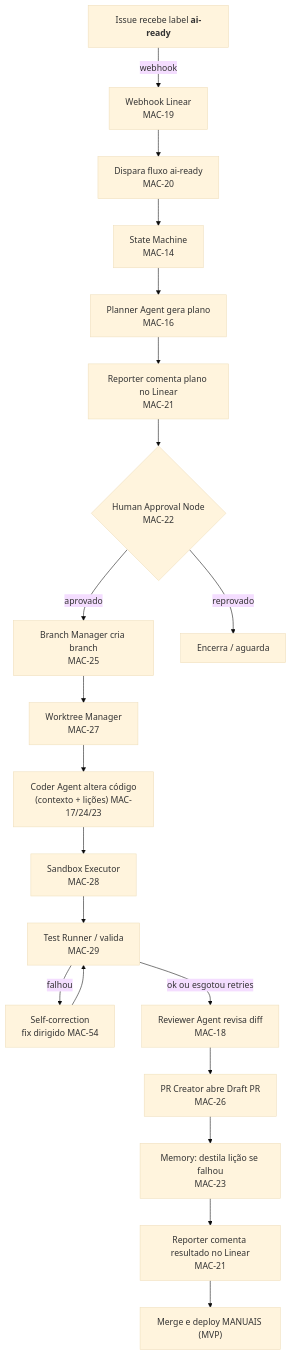
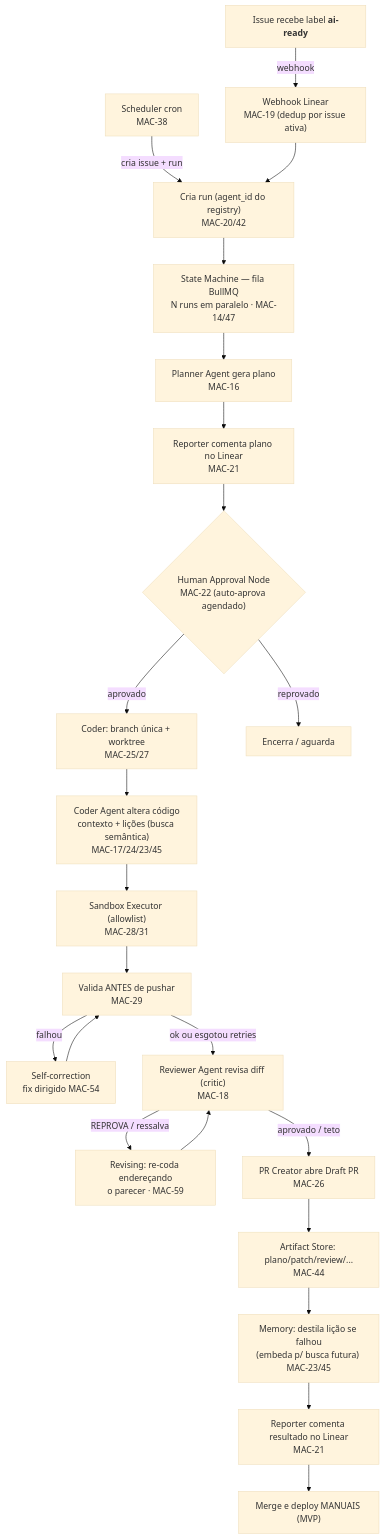
The second of 2 diagrams in docs/ARCHITECTURE.md (raniellimontagna/agent-platform), drawn with Mermaid (base theme) before and after one commit. The commit also changed other lines of this file and 3 other files, not shown here.

Commit message:
docs: atualiza README/ARCHITECTURE/FLOW/runbook pra Fase 7 (registries, vector memory, multi-agent, review loop)

````diff
--- a/docs/ARCHITECTURE.md
+++ b/docs/ARCHITECTURE.md
@@ -51,22 +53,25 @@
 ```mermaid
 flowchart TD
-  A["Issue recebe label <b>ai-ready</b>"] -->|webhook| B["Webhook Linear<br/>MAC-19"]
-  B --> C["Dispara fluxo ai-ready<br/>MAC-20"]
-  C --> D["State Machine<br/>MAC-14"]
+  A["Issue recebe label <b>ai-ready</b>"] -->|webhook| B["Webhook Linear<br/>MAC-19 (dedup por issue ativa)"]
+  SCHED["Scheduler cron<br/>MAC-38"] -->|cria issue + run| C
+  B --> C["Cria run (agent_id do registry)<br/>MAC-20/42"]
+  C --> D["State Machine — fila BullMQ<br/>N runs em paralelo · MAC-14/47"]
   D --> E["Planner Agent gera plano<br/>MAC-16"]
   E --> F["Reporter comenta plano no Linear<br/>MAC-21"]
-  F --> G{"Human Approval Node<br/>MAC-22"}
-  G -->|aprovado| H["Branch Manager cria branch<br/>MAC-25"]
+  F --> G{"Human Approval Node<br/>MAC-22 (auto-aprova agendado)"}
+  G -->|aprovado| H["Coder: branch única + worktree<br/>MAC-25/27"]
   G -->|reprovado| Z["Encerra / aguarda"]
-  H --> I["Worktree Manager<br/>MAC-27"]
-  I --> J["Coder Agent altera código<br/>(contexto + lições) MAC-17/24/23"]
-  J --> K["Sandbox Executor<br/>MAC-28"]
-  K --> L["Test Runner / valida<br/>MAC-29"]
+  H --> J["Coder Agent altera código<br/>contexto + lições (busca semântica)<br/>MAC-17/24/23/45"]
+  J --> K["Sandbox Executor (allowlist)<br/>MAC-28/31"]
+  K --> L["Valida ANTES de pushar<br/>MAC-29"]
   L -->|"falhou"| FX["Self-correction<br/>fix dirigido MAC-54"]
   FX --> L
-  L -->|"ok ou esgotou retries"| M["Reviewer Agent revisa diff<br/>MAC-18"]
-  M --> N["PR Creator abre Draft PR<br/>MAC-26"]
-  N --> Q["Memory: destila lição se falhou<br/>MAC-23"]
+  L -->|"ok ou esgotou retries"| M["Reviewer Agent revisa diff (critic)<br/>MAC-18"]
+  M -->|"REPROVA / ressalva"| RV["Revising: re-coda endereçando<br/>o parecer · MAC-59"]
+  RV --> M
+  M -->|"aprovado / teto"| N["PR Creator abre Draft PR<br/>MAC-26"]
+  N --> AR["Artifact Store: plano/patch/review/...<br/>MAC-44"]
+  AR --> Q["Memory: destila lição se falhou<br/>(embeda p/ busca futura) MAC-23/45"]
   Q --> O["Reporter comenta resultado no Linear<br/>MAC-21"]
   O --> P["Merge e deploy MANUAIS (MVP)"]
 ```
````
